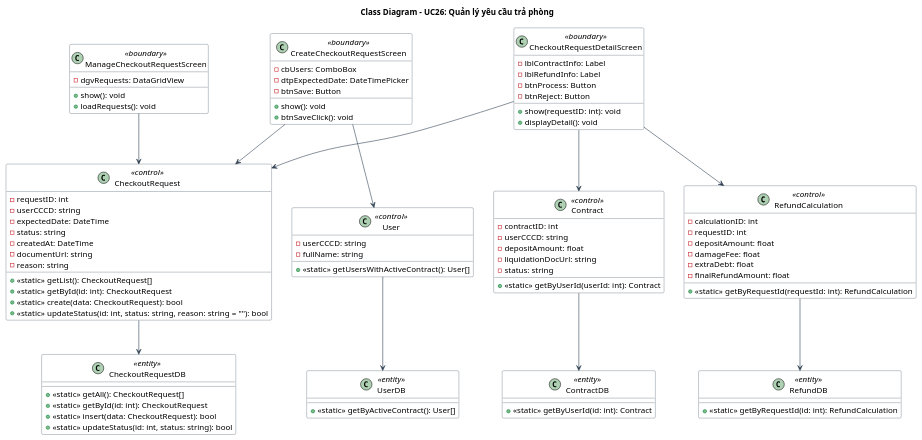
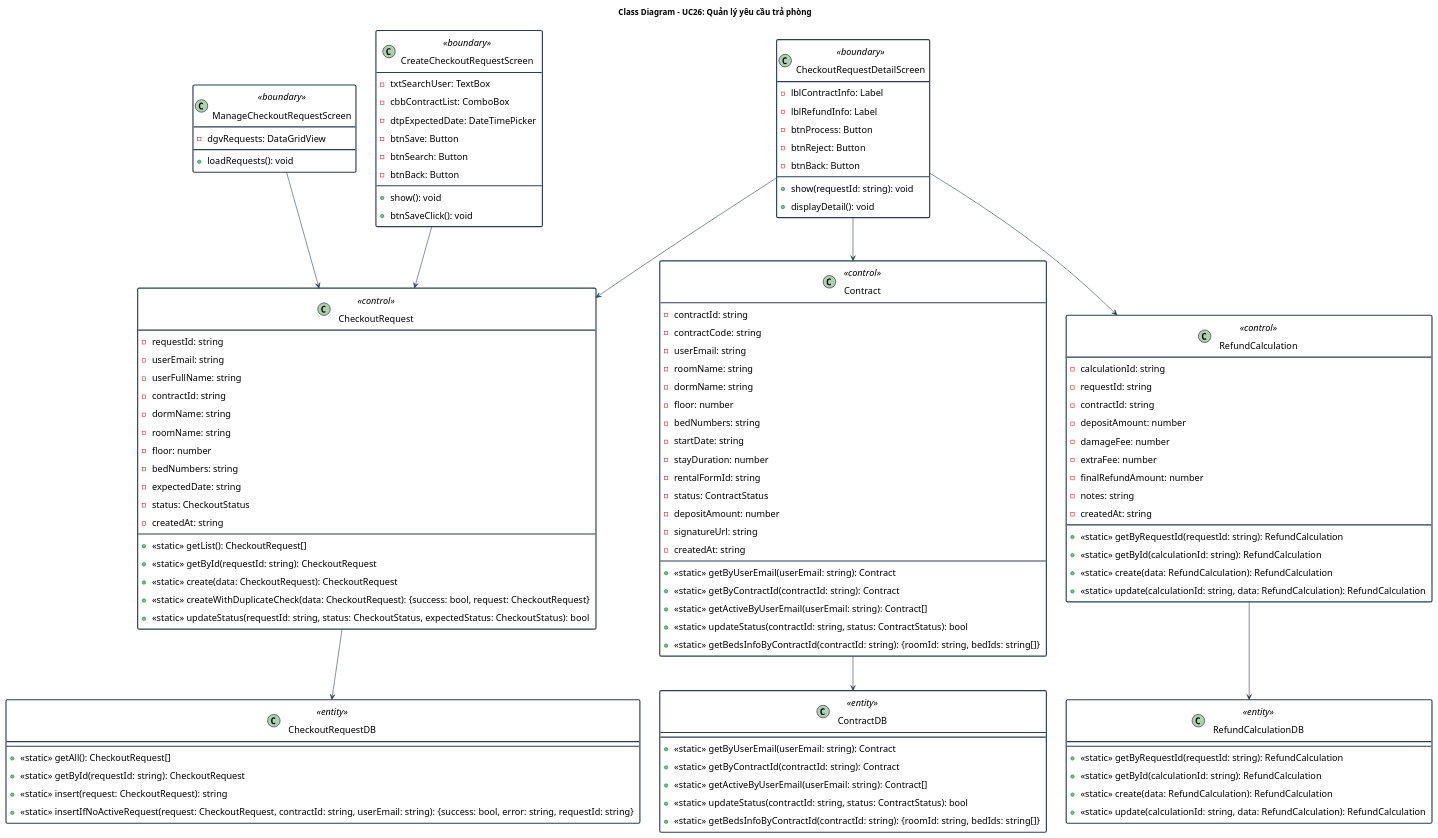
The diagram in doc/system/quan_ly_yeu_cau_tra_phong/QuanLyYeuCauTraPhong_ClassDiagram.wsd (Gnourt812005/HCMUS-Analyze-and-desgin-IS), drawn with PlantUML before and after one commit. The commit also changed 9 other files, not shown here.

Commit message:
quangdo/diagrams: reviewed diagrams

```diff
--- a/doc/system/quan_ly_yeu_cau_tra_phong/QuanLyYeuCauTraPhong_ClassDiagram.wsd
+++ b/doc/system/quan_ly_yeu_cau_tra_phong/QuanLyYeuCauTraPhong_ClassDiagram.wsd
@@ -1,105 +1,130 @@
 @startuml
 title Class Diagram - UC26: Quản lý yêu cầu trả phòng
 
 skinparam {
     ClassBackgroundColor White
     ClassBorderColor #2D3E50
     ArrowColor #2D3E50
     DefaultFontName "Arial"
-    DefaultFontSize 14
+    DefaultFontSize 16
+    ClassBorderThickness 2
+    StereotypeFontColor #2D3E50
+    Padding 5
 }
 
 class "ManageCheckoutRequestScreen" <<boundary>> {
   - dgvRequests: DataGridView
-  + show(): void
   + loadRequests(): void
 }
 
 class "CreateCheckoutRequestScreen" <<boundary>> {
-  - cbUsers: ComboBox
+  - txtSearchUser: TextBox
+  - cbbContractList: ComboBox
   - dtpExpectedDate: DateTimePicker
   - btnSave: Button
+  - btnSearch: Button
+  - btnBack: Button
   + show(): void
   + btnSaveClick(): void
 }
 
 class "CheckoutRequestDetailScreen" <<boundary>> {
   - lblContractInfo: Label
   - lblRefundInfo: Label
   - btnProcess: Button
   - btnReject: Button
-  + show(requestID: int): void
+  - btnBack: Button
+  + show(requestId: string): void
   + displayDetail(): void
 }
 
 class "CheckoutRequest" <<control>> {
-  - requestID: int
-  - userCCCD: string
-  - expectedDate: DateTime
-  - status: string
-  - createdAt: DateTime
-  - documentUrl: string
-  - reason: string
+  - requestId: string
+  - userEmail: string
+  - userFullName: string
+  - contractId: string
+  - dormName: string
+  - roomName: string
+  - floor: number
+  - bedNumbers: string
+  - expectedDate: string 
+  - status: CheckoutStatus
+  - createdAt: string
   + <<static>> getList(): CheckoutRequest[]
-  + <<static>> getById(id: int): CheckoutRequest
-  + <<static>> create(data: CheckoutRequest): bool
-  + <<static>> updateStatus(id: int, status: string, reason: string = ""): bool
-}
-
-class "User" <<control>> {
-  - userCCCD: string
-  - fullName: string
-  + <<static>> getUsersWithActiveContract(): User[]
+  + <<static>> getById(requestId: string): CheckoutRequest 
+  + <<static>> create(data: CheckoutRequest): CheckoutRequest
+  + <<static>> createWithDuplicateCheck(data: CheckoutRequest): {success: bool, request: CheckoutRequest}
+  + <<static>> updateStatus(requestId: string, status: CheckoutStatus, expectedStatus: CheckoutStatus): bool
 }
 
 class "Contract" <<control>> {
-  - contractID: int
-  - userCCCD: string
-  - depositAmount: float
-  - liquidationDocUrl: string
-  - status: string
-  + <<static>> getByUserId(userId: int): Contract
+  - contractId: string
+  - contractCode: string
+  - userEmail: string
+  - roomName: string
+  - dormName: string
+  - floor: number
+  - bedNumbers: string
+  - startDate: string
+  - stayDuration: number
+  - rentalFormId: string
+  - status: ContractStatus
+  - depositAmount: number
+  - signatureUrl: string
+  - createdAt: string
+  + <<static>> getByUserEmail(userEmail: string): Contract 
+  + <<static>> getByContractId(contractId: string): Contract 
+  + <<static>> getActiveByUserEmail(userEmail: string): Contract[]
+  + <<static>> updateStatus(contractId: string, status: ContractStatus): bool
+  + <<static>> getBedsInfoByContractId(contractId: string): {roomId: string, bedIds: string[]} 
 }
 
 class "RefundCalculation" <<control>> {
-  - calculationID: int
-  - requestID: int
-  - depositAmount: float
-  - damageFee: float
-  - extraDebt: float
-  - finalRefundAmount: float
-  + <<static>> getByRequestId(requestId: int): RefundCalculation
+  - calculationId: string
+  - requestId: string
+  - contractId: string
+  - depositAmount: number
+  - damageFee: number
+  - extraFee: number
+  - finalRefundAmount: number
+  - notes: string
+  - createdAt: string
+  + <<static>> getByRequestId(requestId: string): RefundCalculation 
+  + <<static>> getById(calculationId: string): RefundCalculation 
+  + <<static>> create(data: RefundCalculation): RefundCalculation
+  + <<static>> update(calculationId: string, data: RefundCalculation): RefundCalculation 
 }
 
 class "CheckoutRequestDB" <<entity>> {
   + <<static>> getAll(): CheckoutRequest[]
-  + <<static>> getById(id: int): CheckoutRequest
-  + <<static>> insert(data: CheckoutRequest): bool
-  + <<static>> updateStatus(id: int, status: string): bool
-}
-
-class "UserDB" <<entity>> {
-  + <<static>> getByActiveContract(): User[]
+  + <<static>> getById(requestId: string): CheckoutRequest
+  + <<static>> insert(request: CheckoutRequest): string 
+  + <<static>> insertIfNoActiveRequest(request: CheckoutRequest, contractId: string, userEmail: string): {success: bool, error: string, requestId: string}
 }
 
 class "ContractDB" <<entity>> {
-  + <<static>> getByUserId(id: int): Contract
+  + <<static>> getByUserEmail(userEmail: string): Contract 
+  + <<static>> getByContractId(contractId: string): Contract 
+  + <<static>> getActiveByUserEmail(userEmail: string): Contract[]
+  + <<static>> updateStatus(contractId: string, status: ContractStatus): bool
+  + <<static>> getBedsInfoByContractId(contractId: string): {roomId: string, bedIds: string[]} 
 }
 
-class "RefundDB" <<entity>> {
-  + <<static>> getByRequestId(id: int): RefundCalculation
+class "RefundCalculationDB" as RefundCalculationDB <<entity>> {
+  + <<static>> getByRequestId(requestId: string): RefundCalculation 
+  + <<static>> getById(calculationId: string): RefundCalculation 
+  + <<static>> create(data: RefundCalculation): RefundCalculation
+  + <<static>> update(calculationId: string, data: RefundCalculation): RefundCalculation 
 }
 
 ManageCheckoutRequestScreen --> CheckoutRequest
 CreateCheckoutRequestScreen --> CheckoutRequest
-CreateCheckoutRequestScreen --> User
 CheckoutRequestDetailScreen --> CheckoutRequest
 CheckoutRequestDetailScreen --> Contract
 CheckoutRequestDetailScreen --> RefundCalculation
 
 CheckoutRequest --> CheckoutRequestDB
-User --> UserDB
 Contract --> ContractDB
-RefundCalculation --> RefundDB
+RefundCalculation --> RefundCalculationDB
 
 @enduml
```
